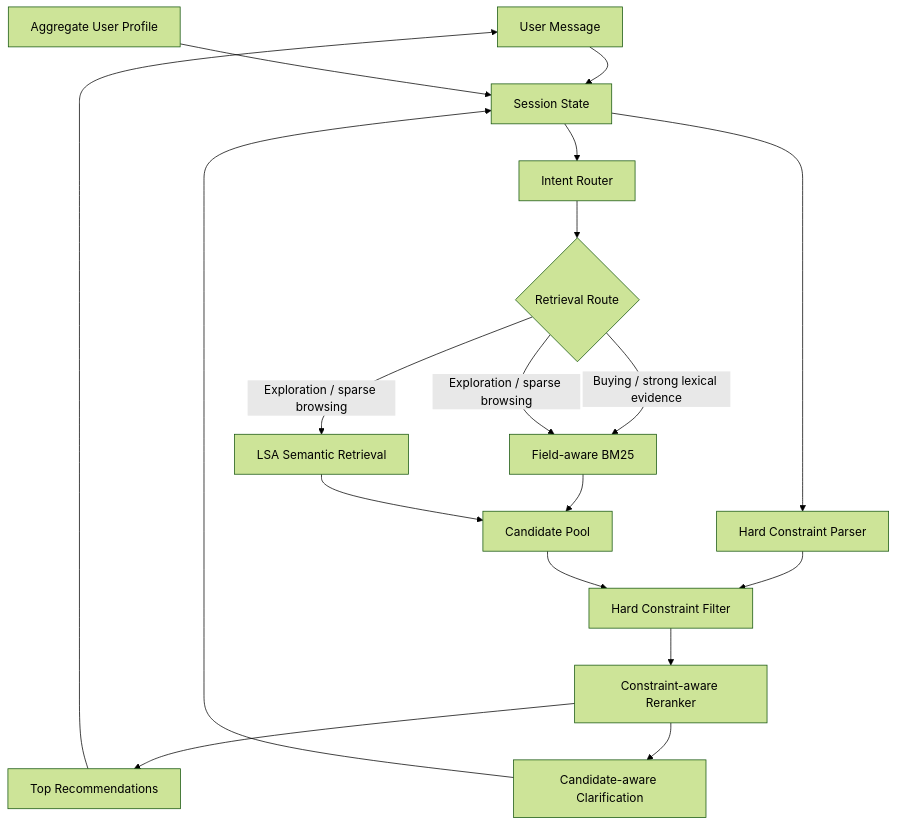
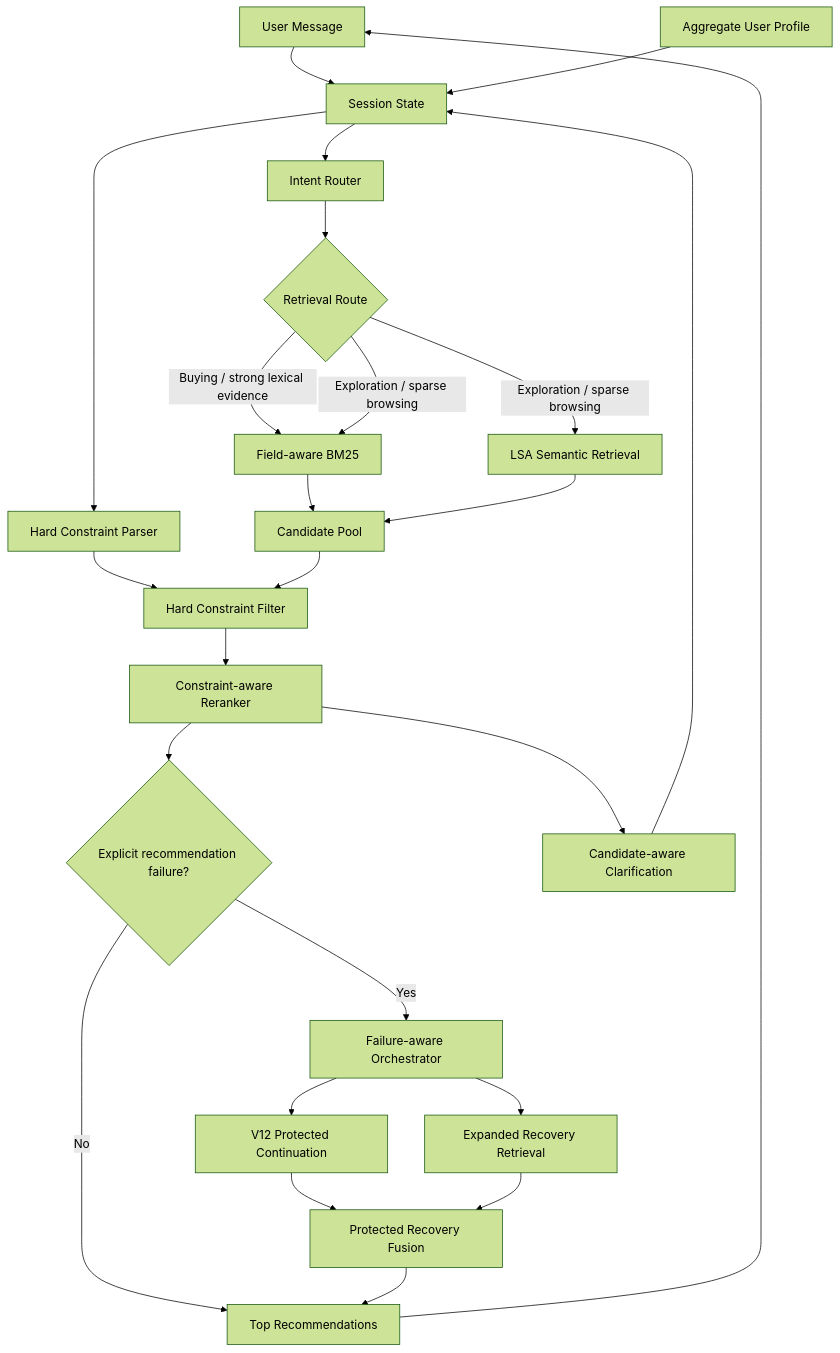
Before and after one commit to rishu1903/larpers-go-shopping: the first of 5 diagrams in README.md, drawn with Mermaid (forest theme). The commit also changed other lines of this file, not shown here.

Commit message:
docs: document V13 protected recovery

````diff
--- a/README.md
+++ b/README.md
@@ -54,29 +64,42 @@
 ```mermaid
 flowchart TD
     U[User Message] --> S[Session State]
 
     P[Aggregate User Profile] --> S
 
     S --> I[Intent Router]
     S --> H[Hard Constraint Parser]
 
     I --> Q{Retrieval Route}
 
     Q -->|Buying / strong lexical evidence| L[Field-aware BM25]
     Q -->|Exploration / sparse browsing| L
     Q -->|Exploration / sparse browsing| D[LSA Semantic Retrieval]
 
     L --> C[Candidate Pool]
     D --> C
 
     H --> F[Hard Constraint Filter]
     C --> F
 
     F --> R[Constraint-aware Reranker]
 
-    R --> TOP[Top Recommendations]
+    R --> X{Explicit recommendation failure?}
+
+    X -->|No| TOP[Top Recommendations]
+
+    X -->|Yes| O[Failure-aware Orchestrator]
+
+    O --> B[V12 Protected Continuation]
+    O --> E[Expanded Recovery Retrieval]
+
+    B --> PF[Protected Recovery Fusion]
+    E --> PF
+
+    PF --> TOP
+
     R --> A[Candidate-aware Clarification]
 
     A --> S
     TOP --> U
 ```
````
